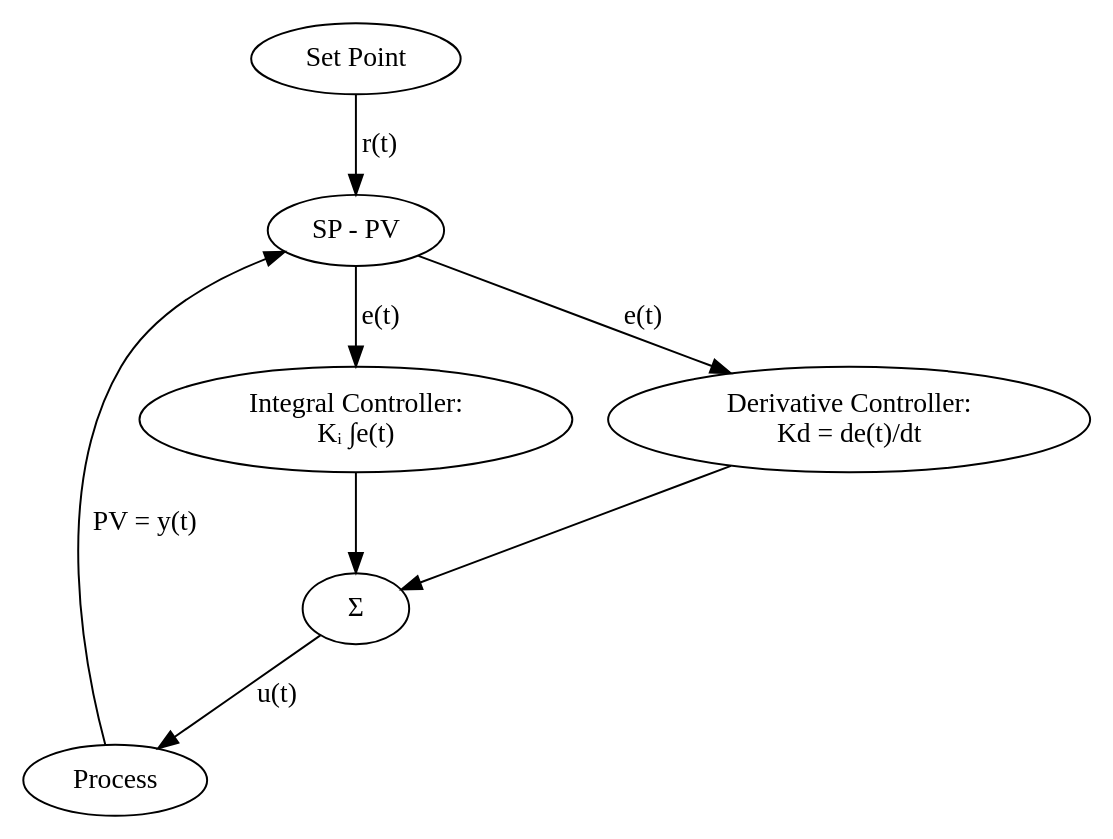
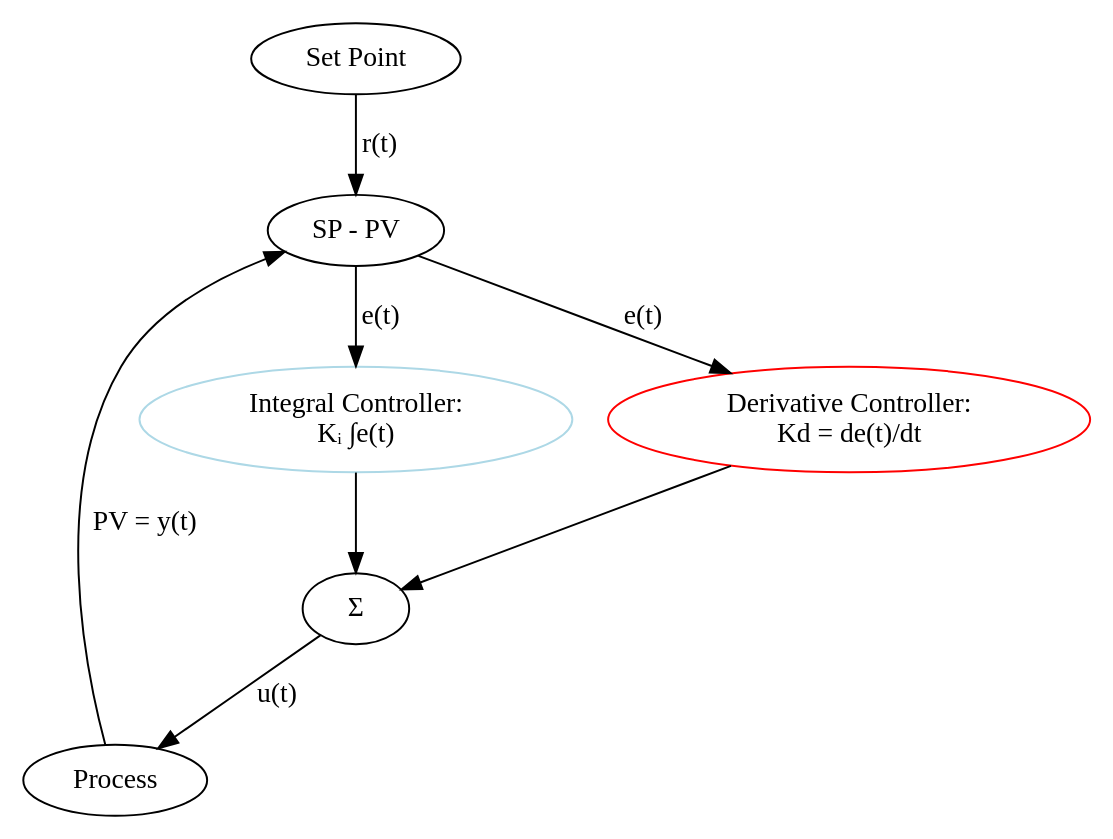
Before and after one commit to brain-fuel-co/feedback: the diagram in pid-dotfiles/id-controller.dot, drawn with Graphviz. The commit also changed 11 other files, not shown here.

```diff
--- a/pid-dotfiles/id-controller.dot
+++ b/pid-dotfiles/id-controller.dot
@@ -1,16 +1,16 @@
 digraph ID {
     SP [label="Set Point"];
     PR [label="Process"];
     S1 [label="SP - PV"];
-    I  [label="Integral Controller:\nKᵢ ∫e(t)"];
-    D  [label="Derivative Controller:\nKd = de(t)/dt"];
+    I  [color=lightblue,label="Integral Controller:\nKᵢ ∫e(t)"];
+    D  [color=red,label="Derivative Controller:\nKd = de(t)/dt"];
     S2 [label="Σ"];
 
     SP -> S1 [label="r(t)"];
     PR -> S1 [label="PV = y(t)"];
     S1 -> I  [label="e(t)"];
     S1 -> D  [label="e(t)"];
     I  -> S2;
     D  -> S2;
     S2 -> PR [label="u(t)"];
 }
```
